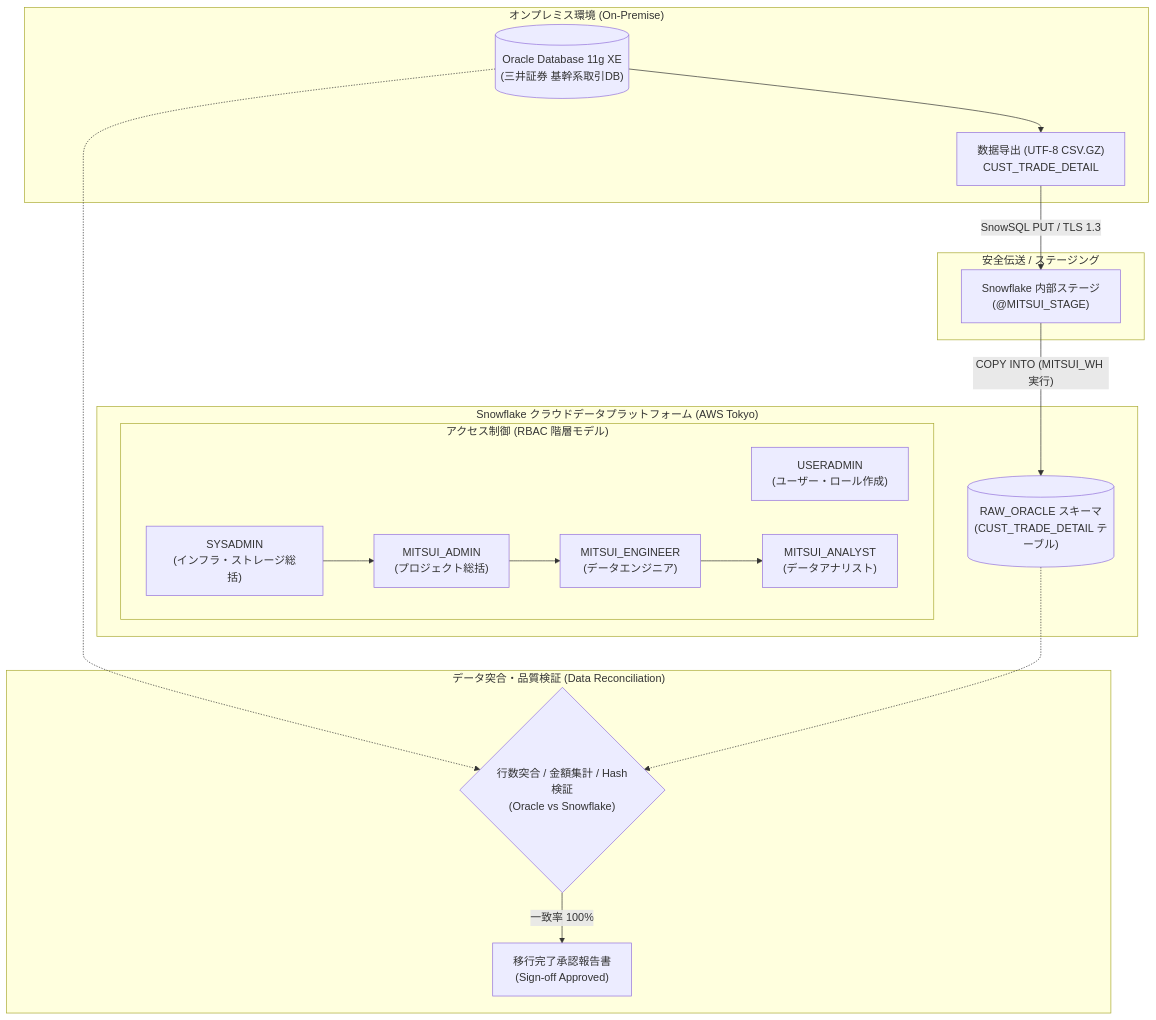
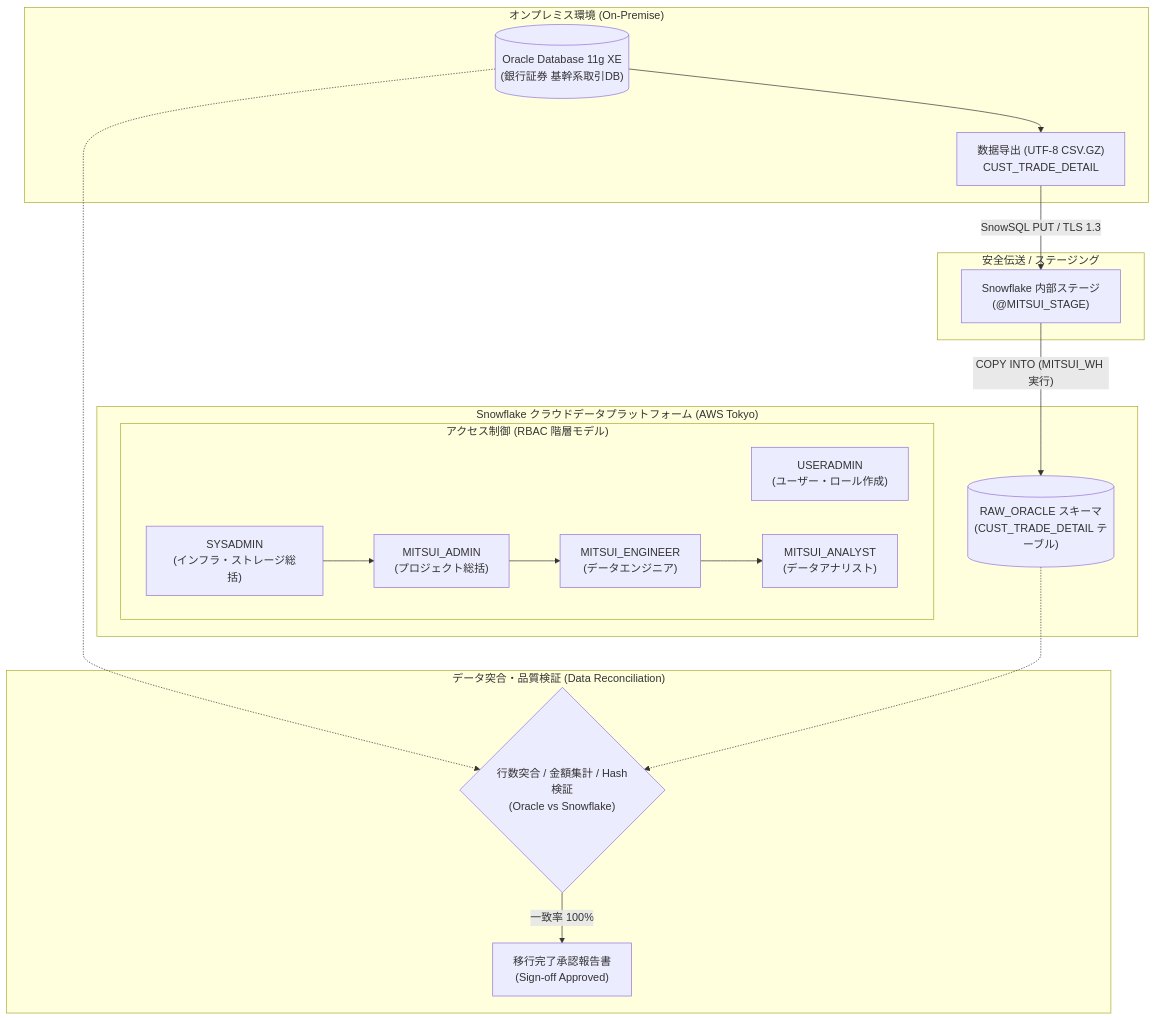
One commit to BIGMAX-RKO007/snowflakeblog changed the diagram in README.md. Above: the diagram before and after it, drawn with Mermaid. The commit also changed other lines of this file and 61 other files, not shown here.

````diff
--- a/README.md
+++ b/README.md
@@ -28,35 +28,35 @@
 ```mermaid
 flowchart TD
     subgraph On-Premise ["オンプレミス環境 (On-Premise)"]
-        ORA[("Oracle Database 11g XE\n(三井証券 基幹系取引DB)")]
+        ORA[("Oracle Database 11g XE\n(銀行証券 基幹系取引DB)")]
         DUMP["数据导出 (UTF-8 CSV.GZ)\nCUST_TRADE_DETAIL"]
         ORA --> DUMP
     end
 
     subgraph Transport ["安全伝送 / ステージング"]
         DUMP -->|"SnowSQL PUT / TLS 1.3"| STAGE["Snowflake 内部ステージ\n(@MITSUI_STAGE)"]
     end
 
     subgraph Snowflake ["Snowflake クラウドデータプラットフォーム (AWS Tokyo)"]
         subgraph Security ["アクセス制御 (RBAC 階層モデル)"]
             UA["USERADMIN\n(ユーザー・ロール作成)"]
             SA["SYSADMIN\n(インフラ・ストレージ総括)"]
             ADMIN["MITSUI_ADMIN\n(プロジェクト総括)"]
             ENG["MITSUI_ENGINEER\n(データエンジニア)"]
             ANA["MITSUI_ANALYST\n(データアナリスト)"]
             
             SA --> ADMIN
             ADMIN --> ENG
             ENG --> ANA
         end
 
         STAGE -->|"COPY INTO (MITSUI_WH 実行)"| RAW[("RAW_ORACLE スキーマ\n(CUST_TRADE_DETAIL テーブル)")]
     end
 
     subgraph Verification ["データ突合・品質検証 (Data Reconciliation)"]
         CHECK{"行数突合 / 金額集計 / Hash検証\n(Oracle vs Snowflake)"}
         ORA -.-> CHECK
         RAW -.-> CHECK
         CHECK -->|"一致率 100%"| REPORT["移行完了承認報告書\n(Sign-off Approved)"]
     end
 ```
````
